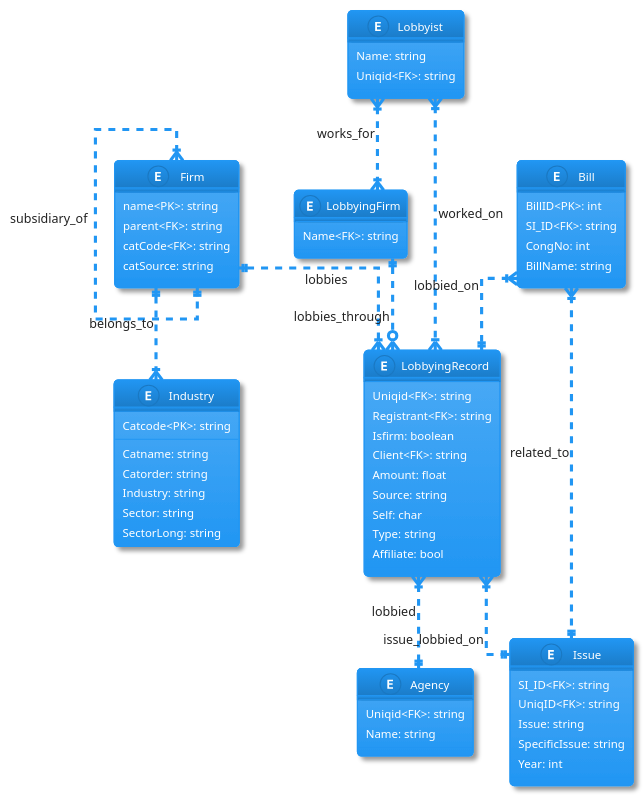
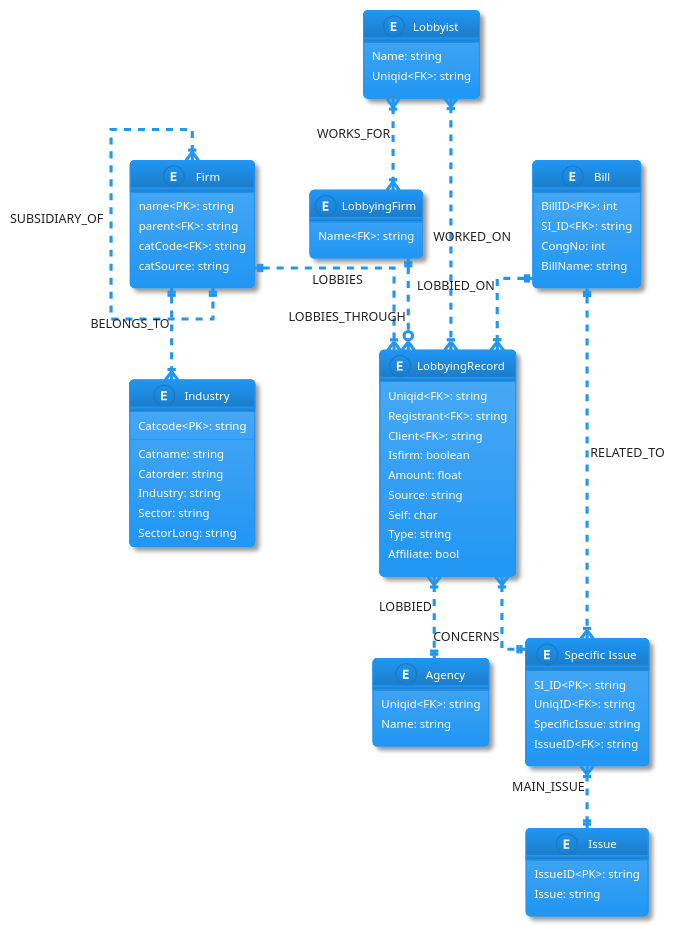
One commit to kronosgreen/opensecrets-data-parser changed the diagram in files/erd.puml. Above: the diagram before and after it, drawn with PlantUML. The commit also changed 2 other files, not shown here.

```diff
--- a/files/erd.puml
+++ b/files/erd.puml
@@ -1,77 +1,82 @@
 @startuml
 
 !theme materia
 
 skinparam Padding 2
 skinparam linetype ortho
 
 entity "Firm" as ent {
     name<PK>: string
     parent<FK>: string
     catCode<FK>: string
     catSource: string
 }
 
 entity "Industry" as indust {
     Catcode<PK>: string
     --
     Catname: string
     Catorder: string
     Industry: string
     Sector: string
     SectorLong: string
 }
 
 entity "LobbyingFirm" as lobf {
     Name<FK>: string
 }
 
 entity "Agency" as agency {
     Uniqid<FK>: string
     Name: string
 }
 
 entity "LobbyingRecord" as lr {
     Uniqid<FK>: string
     Registrant<FK>: string
+    Client<FK>: string
     Isfirm: boolean
-    Client<FK>: string
     Amount: float
     Source: string
     Self: char
     Type: string
     Affiliate: bool
 }
 
 entity "Lobbyist" as lob {
     Name: string
     Uniqid<FK>: string
 }
 
 entity "Bill" as bill {
     BillID<PK>: int
     SI_ID<FK>: string
     CongNo: int
     BillName: string
 }
 
-entity "Issue" as issue {
-    SI_ID<FK>: string
+entity "Specific Issue" as si {
+    SI_ID<PK>: string
     UniqID<FK>: string
-    Issue: string
     SpecificIssue: string
-    Year: int
+    IssueID<FK>: string
 }
 
-ent}|..||ent:subsidiary_of
-ent||..|{indust:belongs_to
-ent||..|{lr:lobbies
-lobf||..o{lr:lobbies_through
-lob}|..|{lr:worked_on
-lob}|..|{lobf:works_for
-lr}|..||agency:lobbied
-bill}|..||lr:lobbied_on
-bill}|..||issue:related_to
-lr}|..||issue:issue_lobbied_on
+entity "Issue" as issue {
+    IssueID<PK>: string
+    Issue: string
+}
+
+ent}|..||ent:SUBSIDIARY_OF
+ent||..|{indust:BELONGS_TO
+ent||..|{lr:LOBBIES
+lobf||..o{lr:LOBBIES_THROUGH
+lob}|..|{lr:WORKED_ON
+lob}|..|{lobf:WORKS_FOR
+lr}|..||agency:LOBBIED
+bill||..|{lr:LOBBIED_ON
+bill||..|{si:RELATED_TO
+lr}|..||si:CONCERNS
+si}|..||issue:MAIN_ISSUE
 
 @enduml
```
